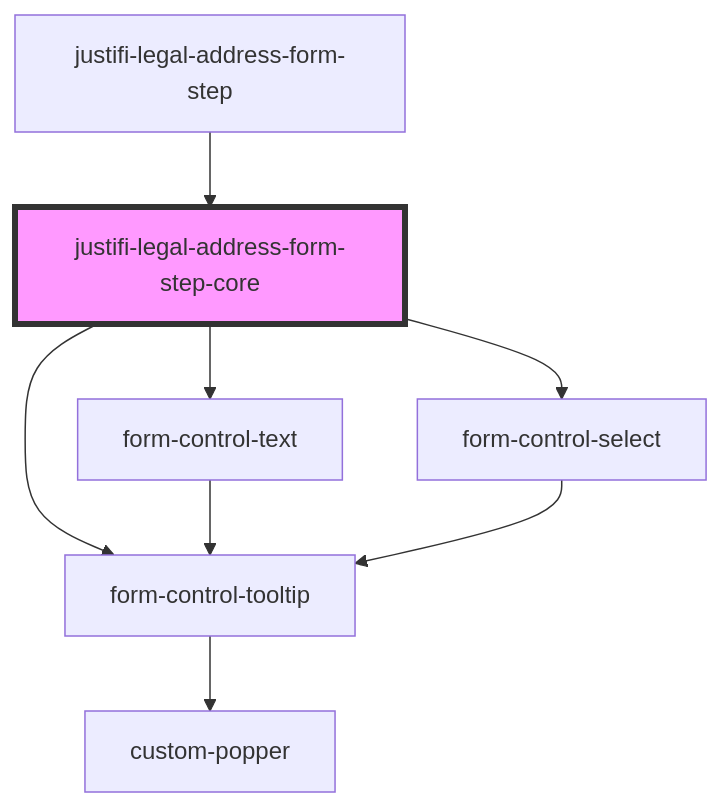
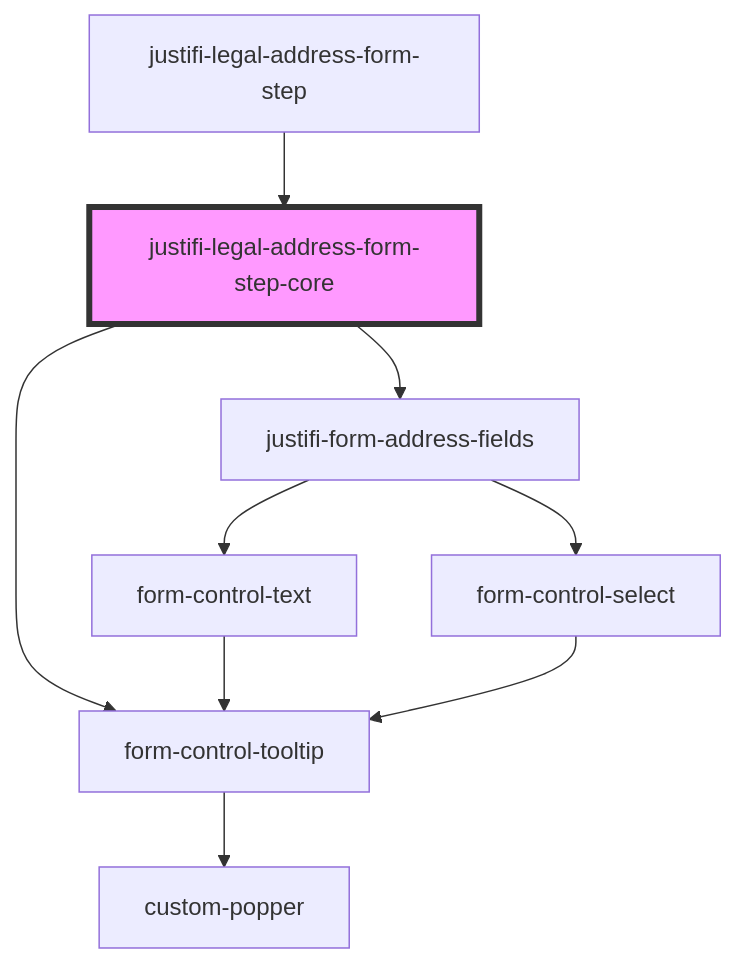
Before and after one commit to justifi-tech/web-component-library: the diagram in packages/webcomponents/src/components/business-forms/payment-provisioning/legal-address-form/readme.md, drawn with Mermaid. The commit also changed other lines of this file and 7 other files, not shown here.

First line of the commit message:
refactor(business-forms): update address form dependencies to use justifi-form-address-fields

````diff
--- a/packages/webcomponents/src/components/business-forms/payment-provisioning/legal-address-form/readme.md
+++ b/packages/webcomponents/src/components/business-forms/payment-provisioning/legal-address-form/readme.md
@@ -58,11 +58,12 @@
 ```mermaid
 graph TD;
   justifi-legal-address-form-step-core --> form-control-tooltip
-  justifi-legal-address-form-step-core --> form-control-text
-  justifi-legal-address-form-step-core --> form-control-select
+  justifi-legal-address-form-step-core --> justifi-form-address-fields
   form-control-tooltip --> custom-popper
+  justifi-form-address-fields --> form-control-text
+  justifi-form-address-fields --> form-control-select
   form-control-text --> form-control-tooltip
   form-control-select --> form-control-tooltip
   justifi-legal-address-form-step --> justifi-legal-address-form-step-core
   style justifi-legal-address-form-step-core fill:#f9f,stroke:#333,stroke-width:4px
 ```
````
